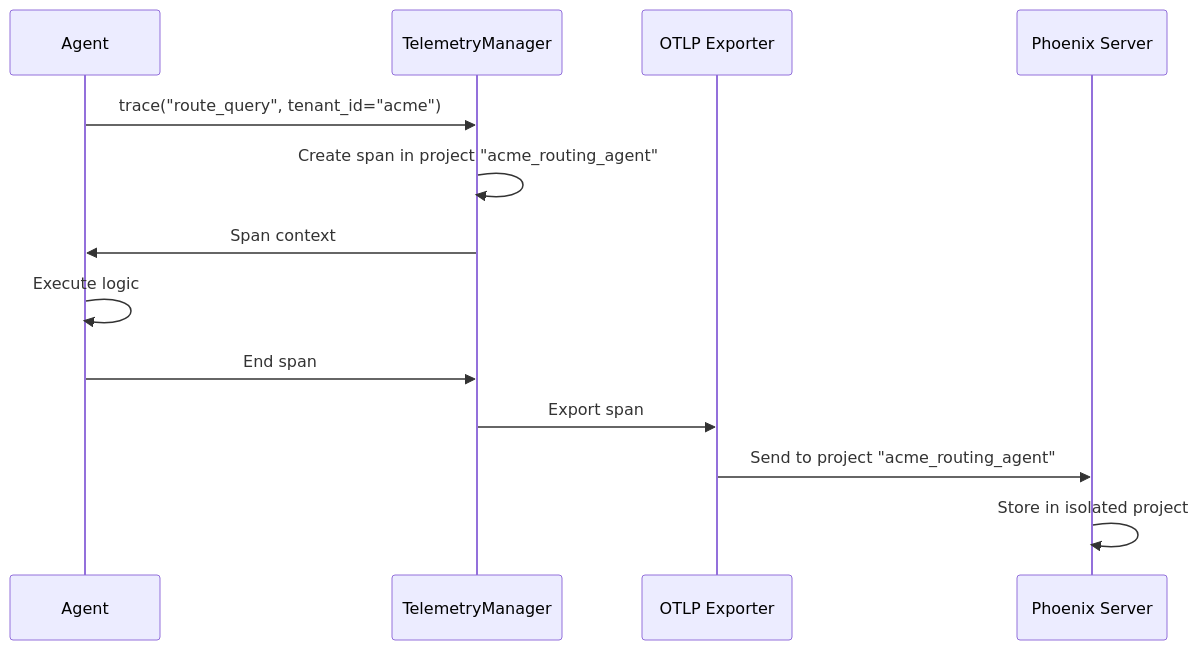
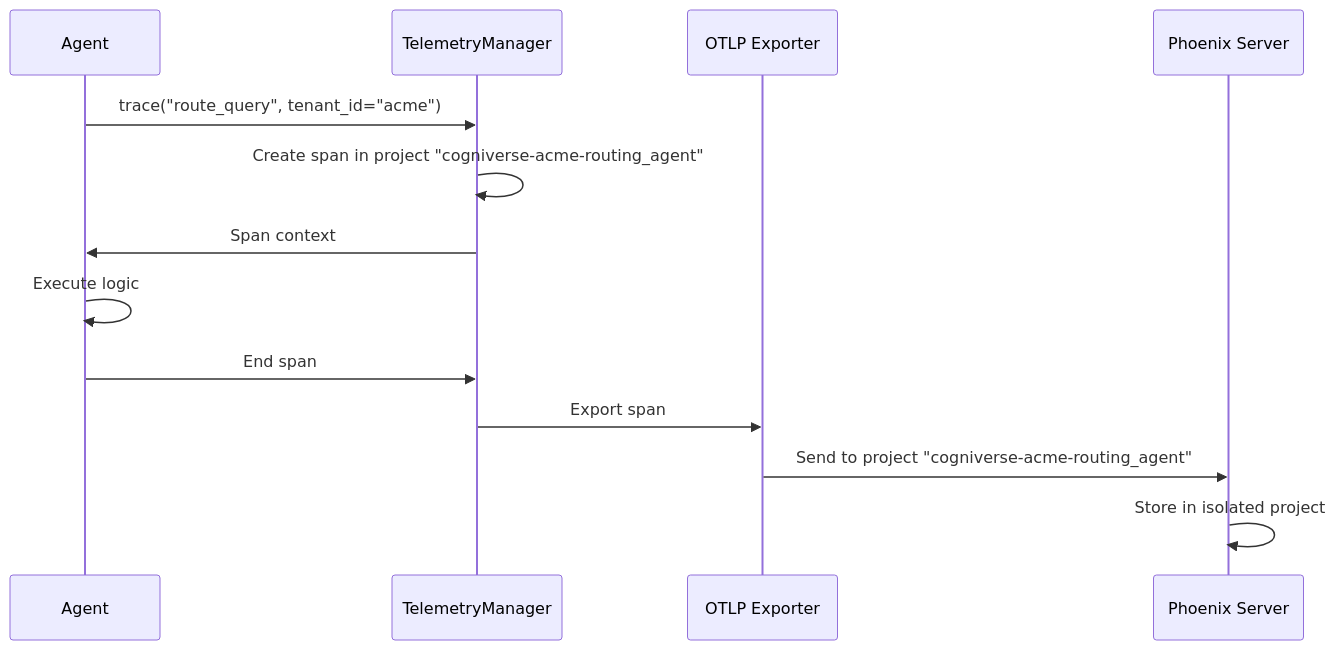
One commit to amit-jain/cogniverse changed the fourth of 6 diagrams in docs/architecture/multi-tenant.md. Above: the diagram before and after it, drawn with Mermaid. The commit also changed other lines of this file and 83 other files, not shown here.

First line of the commit message:
Fix documentation veracity, formatting, and diagrams across all modules

````diff
--- a/docs/architecture/multi-tenant.md
+++ b/docs/architecture/multi-tenant.md
@@ -674,16 +707,16 @@
 ```mermaid
 sequenceDiagram
     participant Agent
     participant TelemetryMgr as TelemetryManager
     participant OTLP as OTLP Exporter
     participant Phoenix as Phoenix Server
 
     Agent->>TelemetryMgr: trace("route_query", tenant_id="acme")
-    TelemetryMgr->>TelemetryMgr: Create span in project "acme_routing_agent"
+    TelemetryMgr->>TelemetryMgr: Create span in project "cogniverse-acme-routing_agent"
     TelemetryMgr->>Agent: Span context
     Agent->>Agent: Execute logic
     Agent->>TelemetryMgr: End span
     TelemetryMgr->>OTLP: Export span
-    OTLP->>Phoenix: Send to project "acme_routing_agent"
+    OTLP->>Phoenix: Send to project "cogniverse-acme-routing_agent"
     Phoenix->>Phoenix: Store in isolated project
 ```
````
